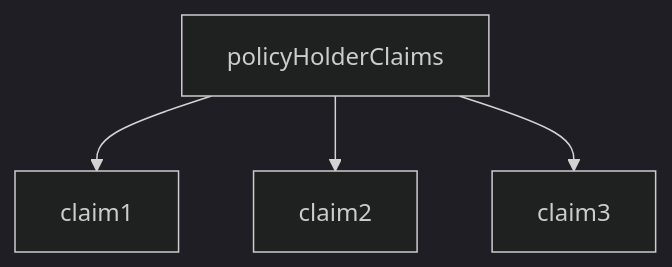
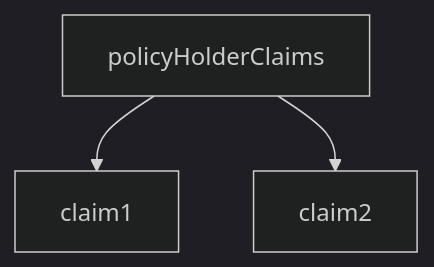
One commit to vijaytomar81/AZOnline changed the fourth of 6 diagrams in src/data/README.md. Above: the diagram before and after it, drawn with Mermaid (dark theme). The commit also changed other lines of this file and 10 other files, not shown here.

````diff
--- a/src/data/README.md
+++ b/src/data/README.md
@@ -355,6 +215,5 @@
 ```mermaid
 flowchart TD
     A[policyHolderClaims] --> B[claim1]
     A --> C[claim2]
-    A --> D[claim3]
 ```
````
